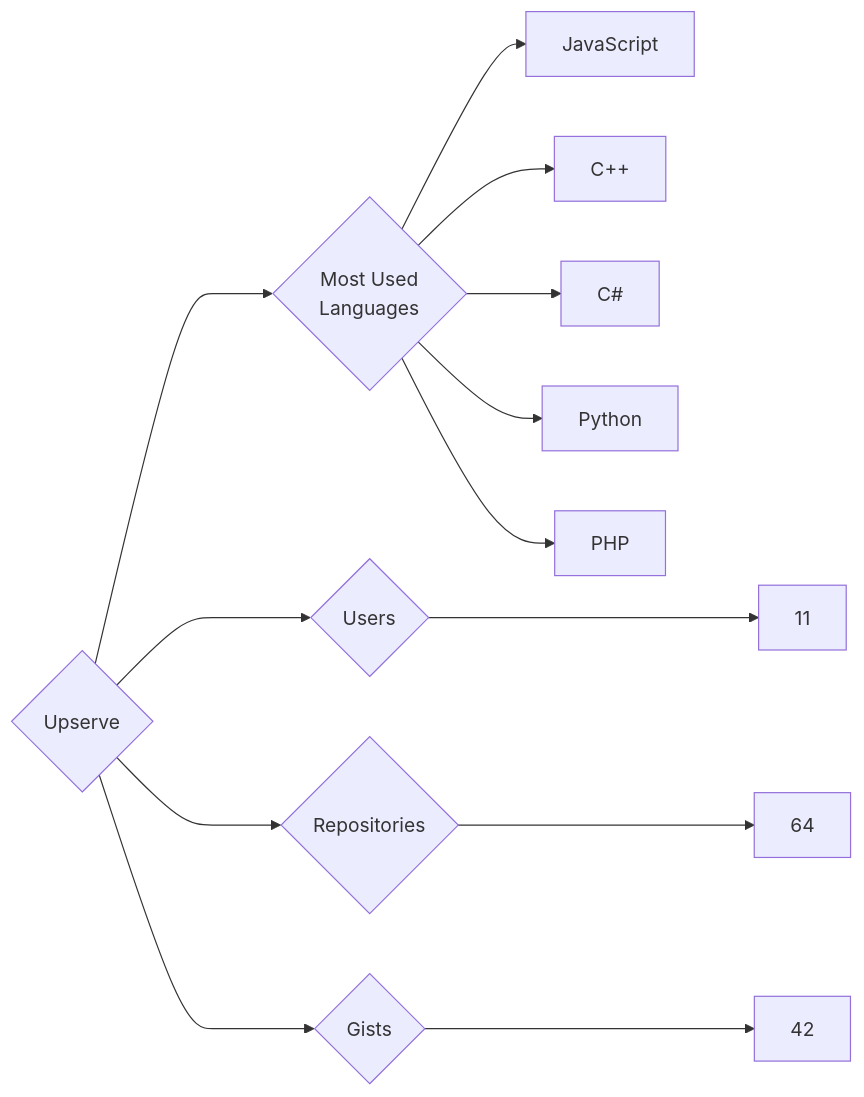
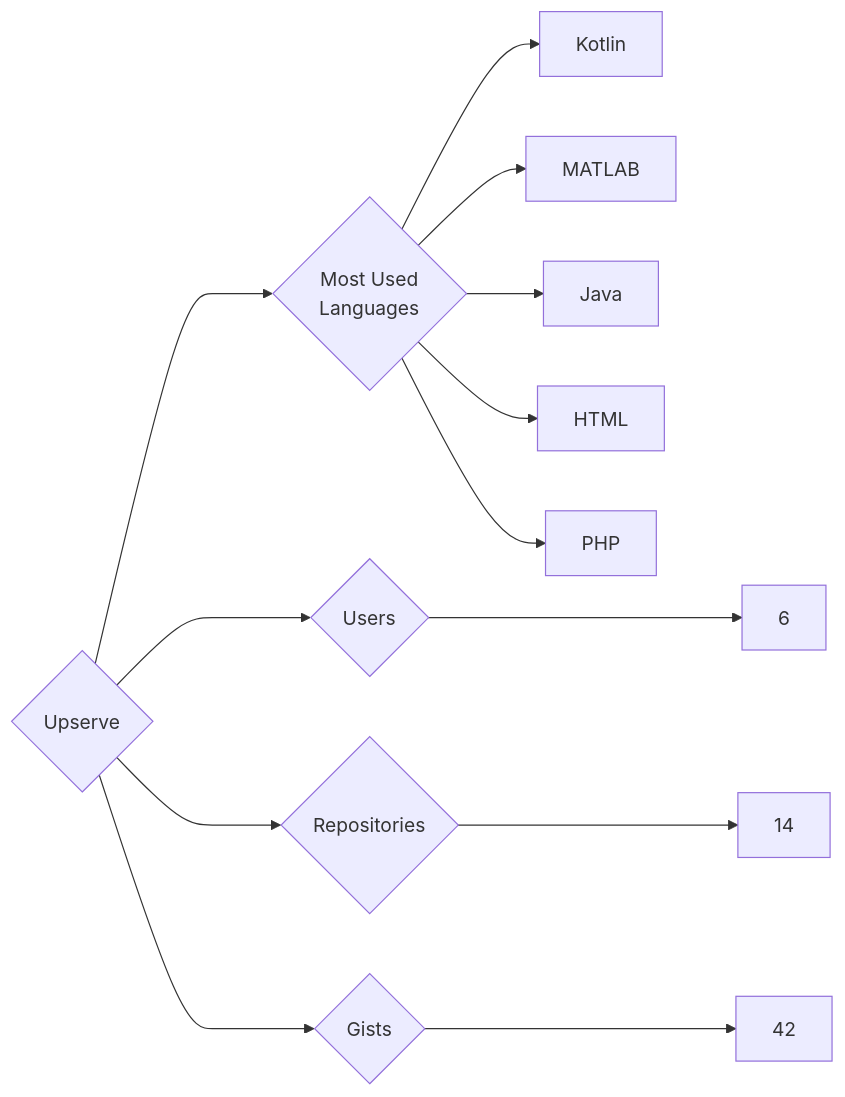
Before and after one commit to trickest/insiders: the diagram in targets/Upserve/README.md, drawn with Mermaid. The commit also changed 964 other files, not shown here.

````diff
--- a/targets/Upserve/README.md
+++ b/targets/Upserve/README.md
@@ -3,13 +3,13 @@
 ```mermaid
 graph LR
 COMPANY_NAME{Upserve}
-COMPANY_NAME ---> U{Users} ---> UN[11]
-COMPANY_NAME ---> R{Repositories} ---> RN[64]
+COMPANY_NAME ---> U{Users} ---> UN[6]
+COMPANY_NAME ---> R{Repositories} ---> RN[14]
 COMPANY_NAME ---> G{Gists} ---> GN[42]
 COMPANY_NAME ---> ML{Most Used<br>Languages}
-ML --> JavaScript[JavaScript]
-ML --> C++[C++]
-ML --> C#[C#]
-ML --> Python[Python]
+ML --> Kotlin[Kotlin]
+ML --> MATLAB[MATLAB]
+ML --> Java[Java]
+ML --> HTML[HTML]
 ML --> PHP[PHP]
 ```
````
